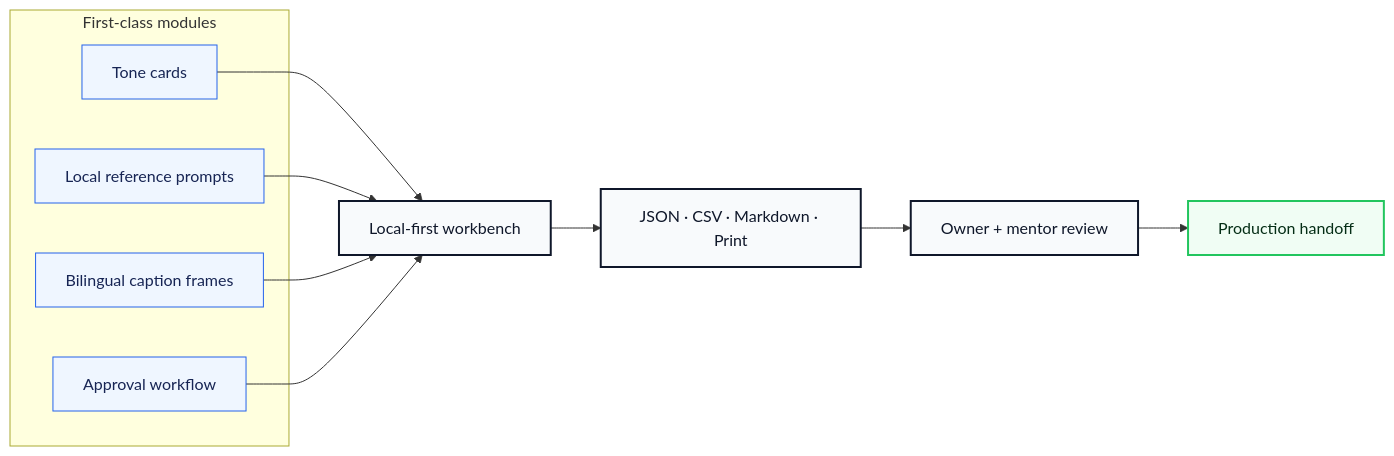
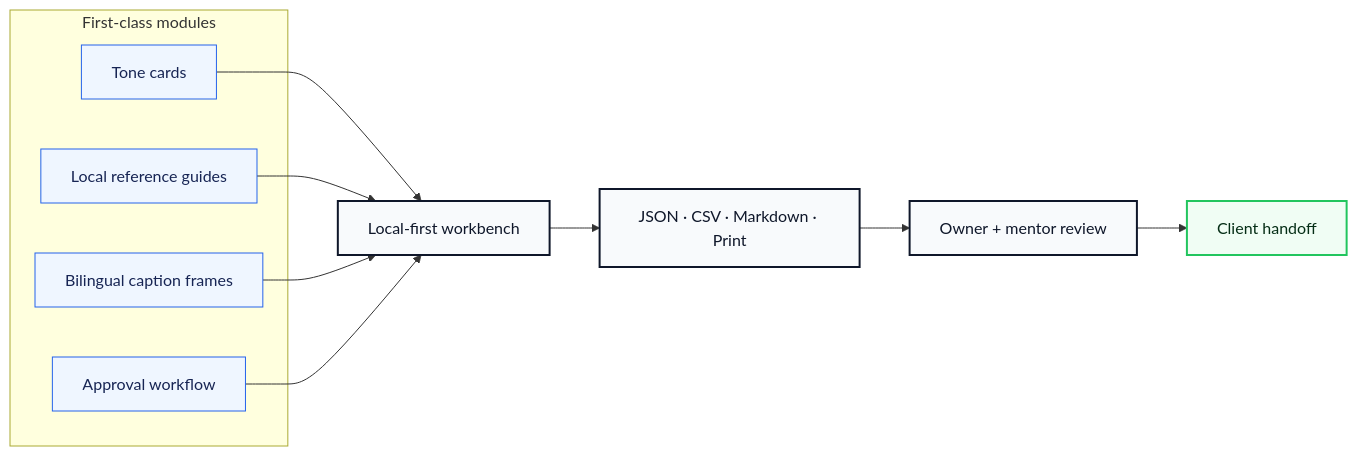
Before and after one commit to volta-npo/caption-localizer: the second of 3 diagrams in README.md, drawn with Mermaid. The commit also changed other lines of this file and 28 other files, not shown here.

````diff
--- a/README.md
+++ b/README.md
@@ -64,23 +64,23 @@
 ```mermaid
 flowchart LR
     subgraph Modules["First-class modules"]
         M1["Tone cards"]
-        M2["Local reference prompts"]
+        M2["Local reference guides"]
         M3["Bilingual caption frames"]
         M4["Approval workflow"]
     end
     M1 --> Workbench
     M2 --> Workbench
     M3 --> Workbench
     M4 --> Workbench
     Workbench["Local-first workbench"] --> Exports["JSON · CSV · Markdown · Print"]
     Exports --> Review["Owner + mentor review"]
-    Review --> Launch["Production handoff"]
+    Review --> Launch["Client handoff"]
 
     classDef module fill:#eff6ff,stroke:#2563eb,color:#172554;
     classDef app fill:#f8fafc,stroke:#0f172a,color:#0f172a,stroke-width:2px;
     classDef launch fill:#f0fdf4,stroke:#22c55e,color:#052e16,stroke-width:2px;
     class M1,M2,M3,M4 module;
     class Workbench,Exports,Review app;
     class Launch launch;
 ```
````
